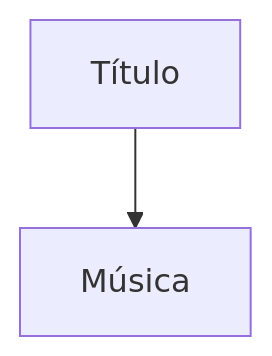
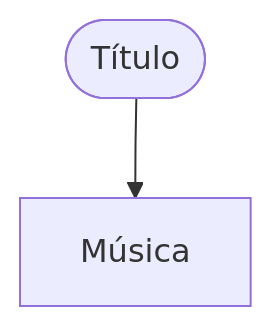
Before and after one commit to iagorosa28/sistema_de_streaming_de_musica_banco_de_dados: the diagram in README.md, drawn with Mermaid.

````diff
--- a/README.md
+++ b/README.md
@@ -15,4 +15,4 @@
 ```mermaid
 graph TD;
-    Título --> Música
+    Título([Título]) --> Música
 ```
````
